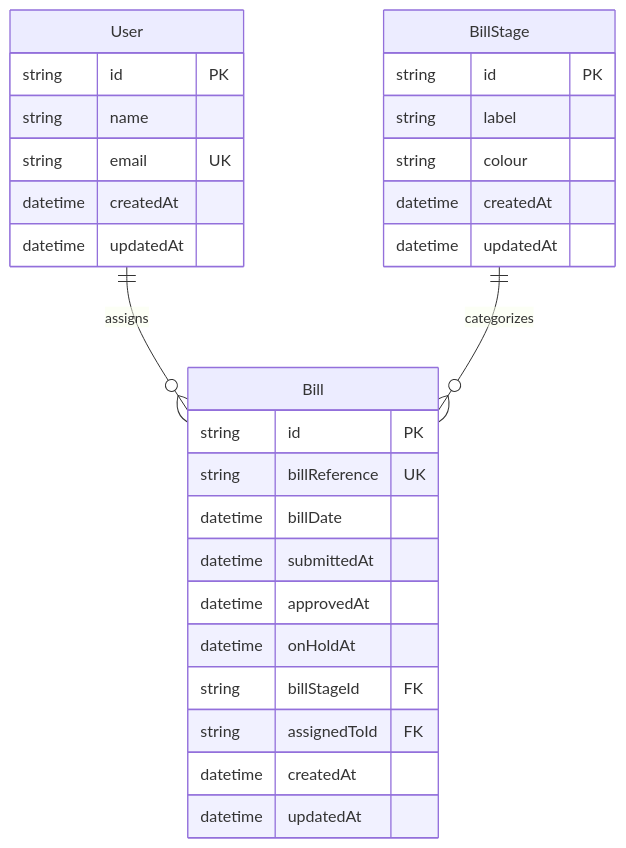
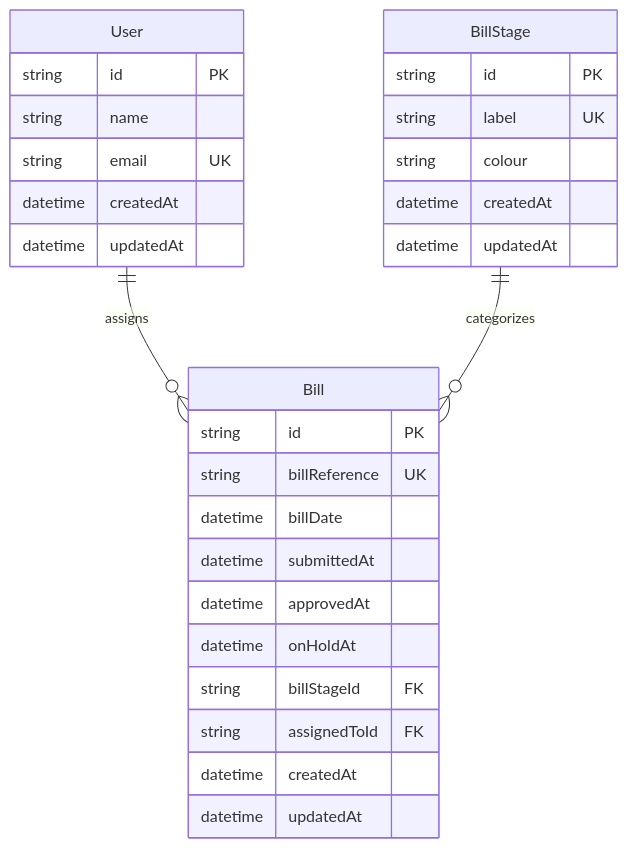
The diagram in docs/architecture/README.md (ColeMorton/tc-code-challenge-node-01), drawn with Mermaid before and after one commit. The commit also changed other lines of this file and 11 other files, not shown here.

````diff
--- a/docs/architecture/README.md
+++ b/docs/architecture/README.md
@@ -67,34 +83,34 @@
 ```mermaid
 erDiagram
     User ||--o{ Bill : assigns
     BillStage ||--o{ Bill : categorizes
 
     User {
         string id PK
         string name
         string email UK
         datetime createdAt
         datetime updatedAt
     }
 
     BillStage {
         string id PK
-        string label
+        string label UK
         string colour
         datetime createdAt
         datetime updatedAt
     }
 
     Bill {
         string id PK
         string billReference UK
         datetime billDate
         datetime submittedAt
         datetime approvedAt
         datetime onHoldAt
         string billStageId FK
         string assignedToId FK
         datetime createdAt
         datetime updatedAt
     }
 ```
````
